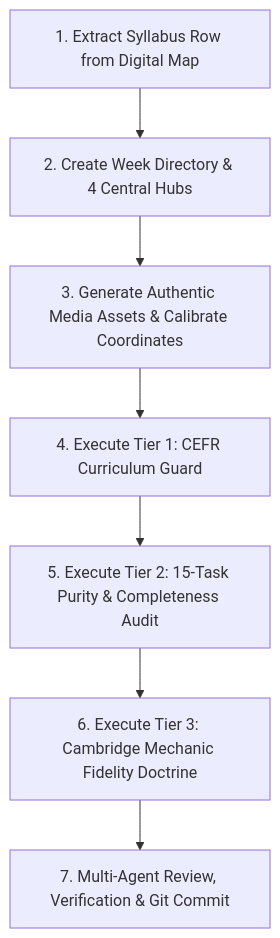
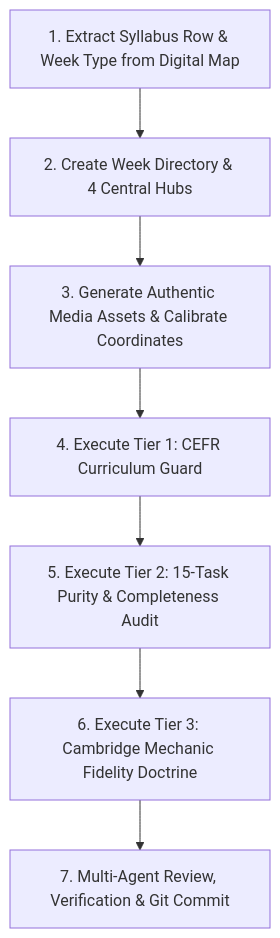
One commit to Binh3ks/enquest3k.copilot changed the diagram in docs/WEEK_PRODUCTION_SOP.md. Above: the diagram before and after it, drawn with Mermaid. The commit also changed other lines of this file and 3 other files, not shown here.

````diff
--- a/docs/WEEK_PRODUCTION_SOP.md
+++ b/docs/WEEK_PRODUCTION_SOP.md
@@ -108,9 +152,9 @@
 ```mermaid
 graph TD
-    Step1[1. Extract Syllabus Row from Digital Map] --> Step2[2. Create Week Directory & 4 Central Hubs]
+    Step1[1. Extract Syllabus Row & Week Type from Digital Map] --> Step2[2. Create Week Directory & 4 Central Hubs]
     Step2 --> Step3[3. Generate Authentic Media Assets & Calibrate Coordinates]
     Step3 --> Step4[4. Execute Tier 1: CEFR Curriculum Guard]
     Step4 --> Step5[5. Execute Tier 2: 15-Task Purity & Completeness Audit]
     Step5 --> Step6[6. Execute Tier 3: Cambridge Mechanic Fidelity Doctrine]
     Step6 --> Step7[7. Multi-Agent Review, Verification & Git Commit]
 ```
````
